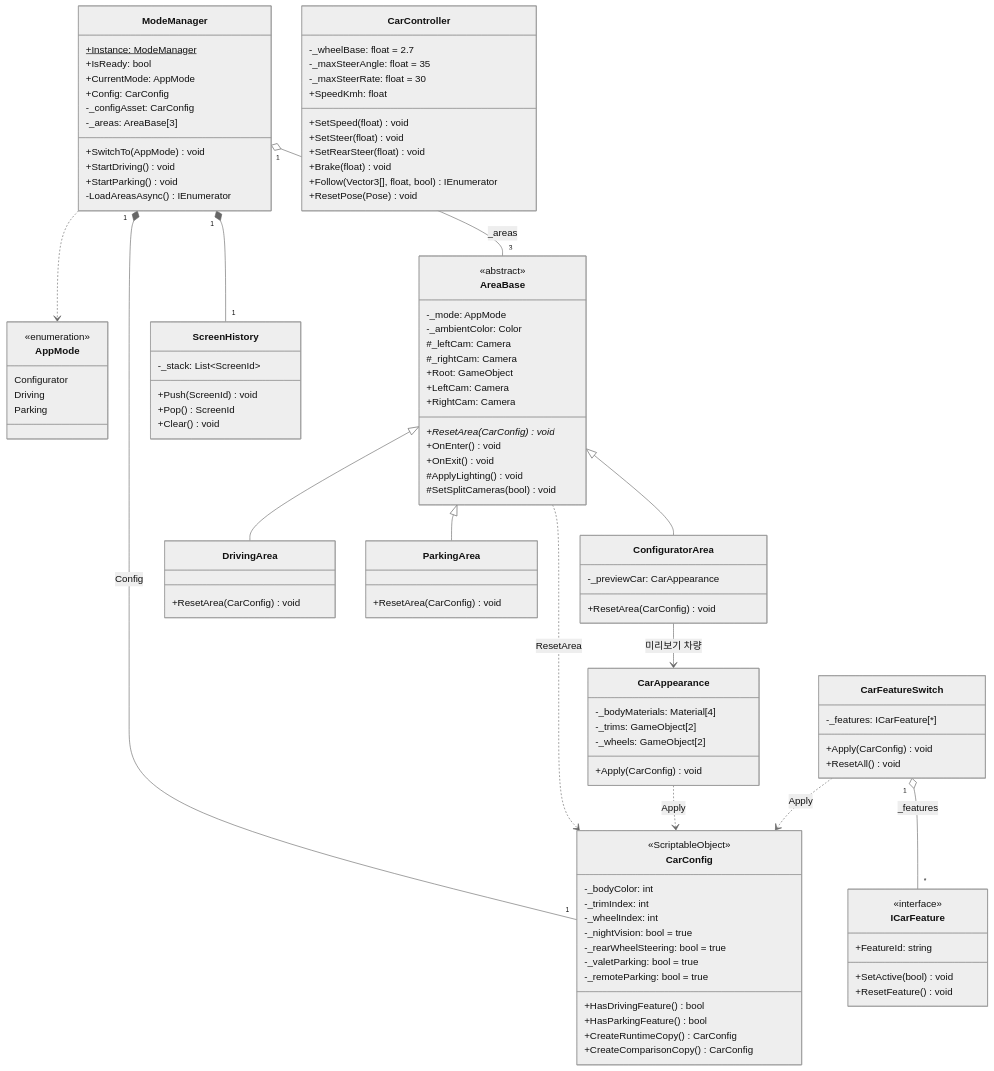
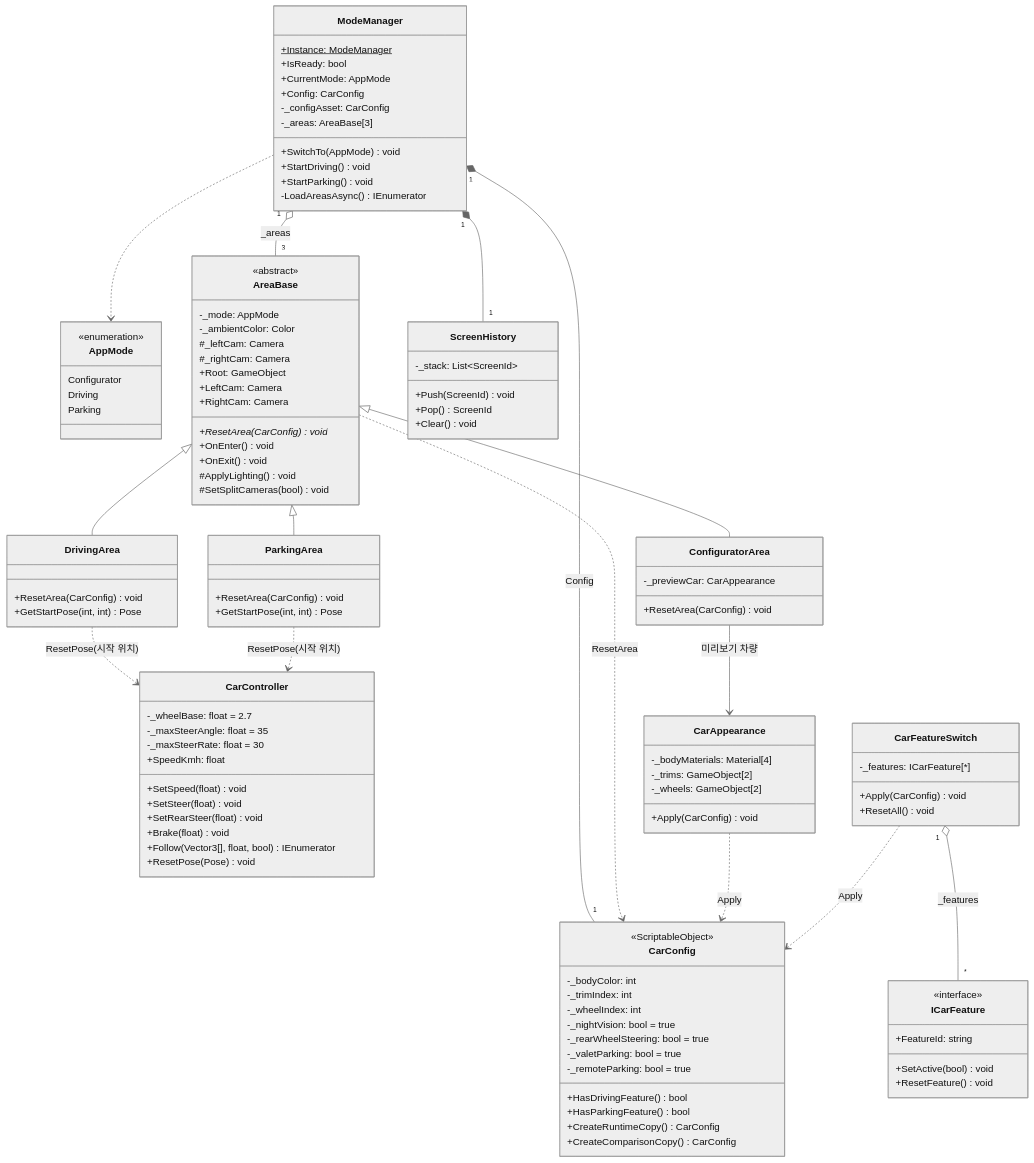
The first of 4 diagrams in docs/CLASS_DESIGN.md (cuhote/YEYU_CarConfigurator_UnityProject), drawn with Mermaid (neutral theme) before and after one commit. The commit also changed other lines of this file and 1 other file, not shown here.

```diff
--- a/docs/CLASS_DESIGN.md
+++ b/docs/CLASS_DESIGN.md
@@ -79,9 +85,11 @@
   }
   class DrivingArea {
     +ResetArea(CarConfig) void
+    +GetStartPose(int, int) Pose
   }
   class ParkingArea {
     +ResetArea(CarConfig) void
+    +GetStartPose(int, int) Pose
   }
   class CarConfig {
     <<ScriptableObject>>
@@ -140,6 +148,8 @@
   ModeManager "1" *-- "1" ScreenHistory
   ModeManager ..> AppMode
   AreaBase ..> CarConfig : ResetArea
+  DrivingArea ..> CarController : ResetPose(시작 위치)
+  ParkingArea ..> CarController : ResetPose(시작 위치)
   ConfiguratorArea --> CarAppearance : 미리보기 차량
   CarAppearance ..> CarConfig : Apply
   CarFeatureSwitch ..> CarConfig : Apply
```
